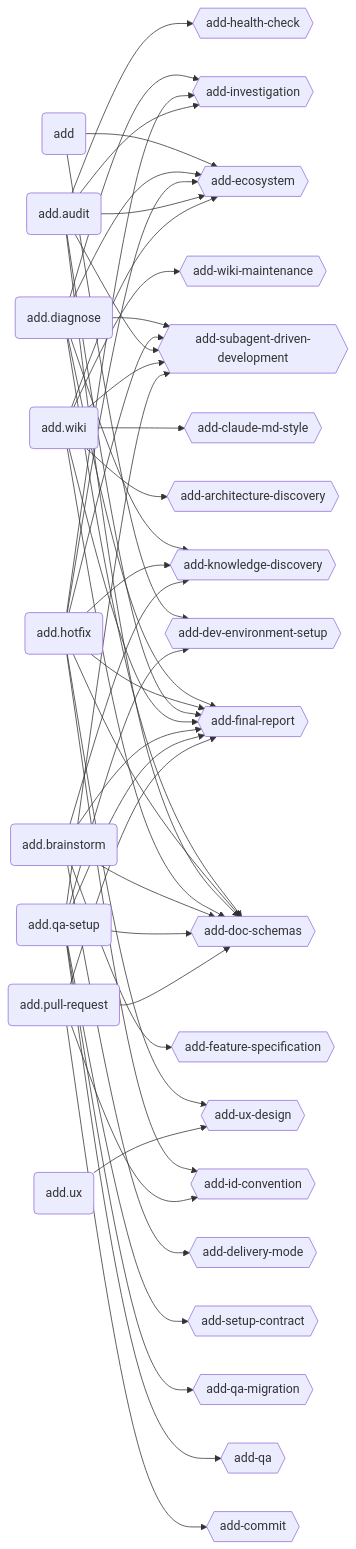
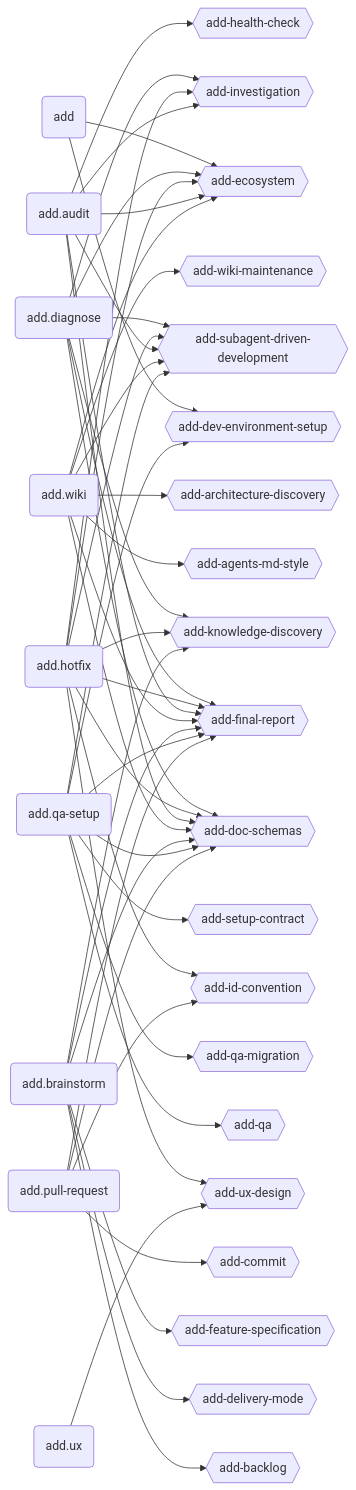
Before and after one commit to brabos-ai/code-addiction: the second of 3 diagrams in ecosystem.md, drawn with Mermaid. The commit also changed other lines of this file and 3 other files, not shown here.

````diff
--- a/ecosystem.md
+++ b/ecosystem.md
@@ -47,42 +48,43 @@
 ```mermaid
 graph LR
   ADD(add)
   DIAGNOSE(add.diagnose)
   HOTFIX(add.hotfix)
   AUDIT(add.audit)
   WIKI(add.wiki)
   BRAINSTORM(add.brainstorm)
   UX(add.ux)
   QASETUP(add.qa-setup)
   PULLREQUEST(add.pull-request)
 
+  AGMDST{{add-agents-md-style}}
   ARDI{{add-architecture-discovery}}
-  CLMDST{{add-claude-md-style}}
+  BALO{{add-backlog}}
   CO{{add-commit}}
   DEENSE{{add-dev-environment-setup}}
   DELMO{{add-delivery-mode}}
   DOSC{{add-doc-schemas}}
   EC{{add-ecosystem}}
   FESP{{add-feature-specification}}
   FINR{{add-final-report}}
   HECH{{add-health-check}}
   IDCO{{add-id-convention}}
   IN{{add-investigation}}
   KNDI{{add-knowledge-discovery}}
   QA{{add-qa}}
   QAMI{{add-qa-migration}}
   SECO{{add-setup-contract}}
   SDDA{{add-subagent-driven-development}}
   UXDE{{add-ux-design}}
   WIMA{{add-wiki-maintenance}}
 
   ADD --> DEENSE & EC
   DIAGNOSE --> DOSC & EC & FINR & IN & KNDI & SDDA
   HOTFIX --> DOSC & EC & FINR & IDCO & IN & KNDI & SDDA & UXDE
   AUDIT --> DOSC & EC & FINR & HECH & IN & SDDA
-  WIKI --> ARDI & CLMDST & DOSC & EC & FINR & SDDA & WIMA
-  BRAINSTORM --> DELMO & DOSC & FESP & FINR & KNDI
+  WIKI --> AGMDST & ARDI & DOSC & EC & FINR & SDDA & WIMA
+  BRAINSTORM --> BALO & DELMO & DOSC & FESP & FINR & KNDI
   UX --> UXDE
   QASETUP --> DEENSE & DOSC & FINR & QA & QAMI & SECO & SDDA
   PULLREQUEST --> CO & DOSC & FINR & IDCO
 ```
````
